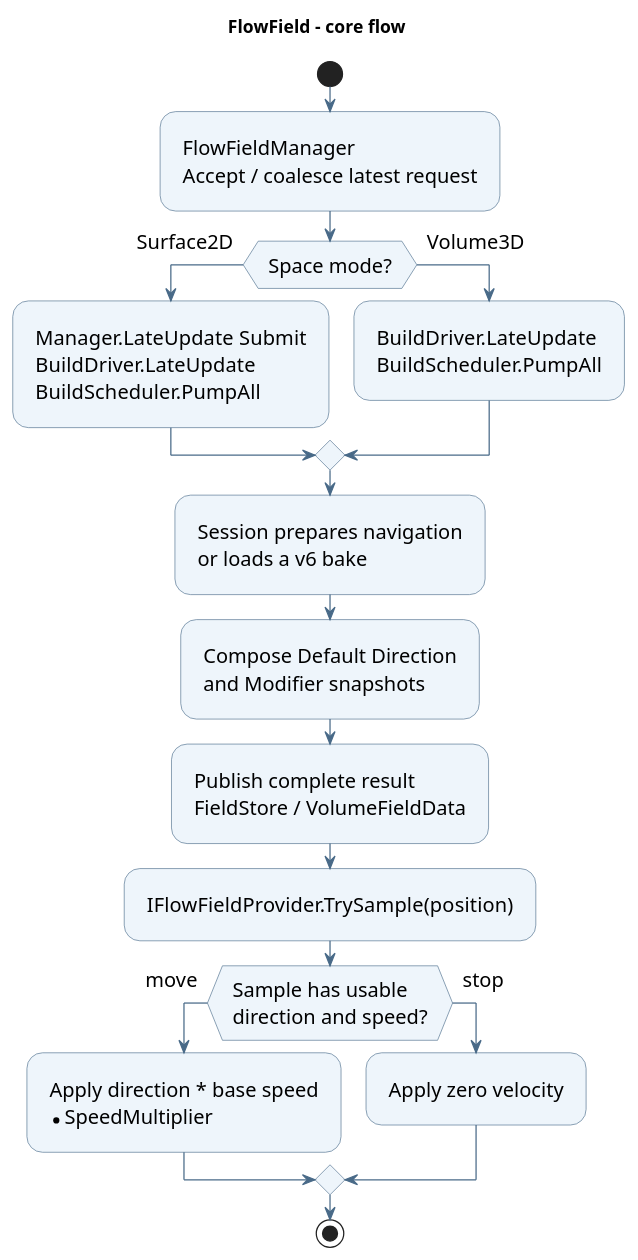
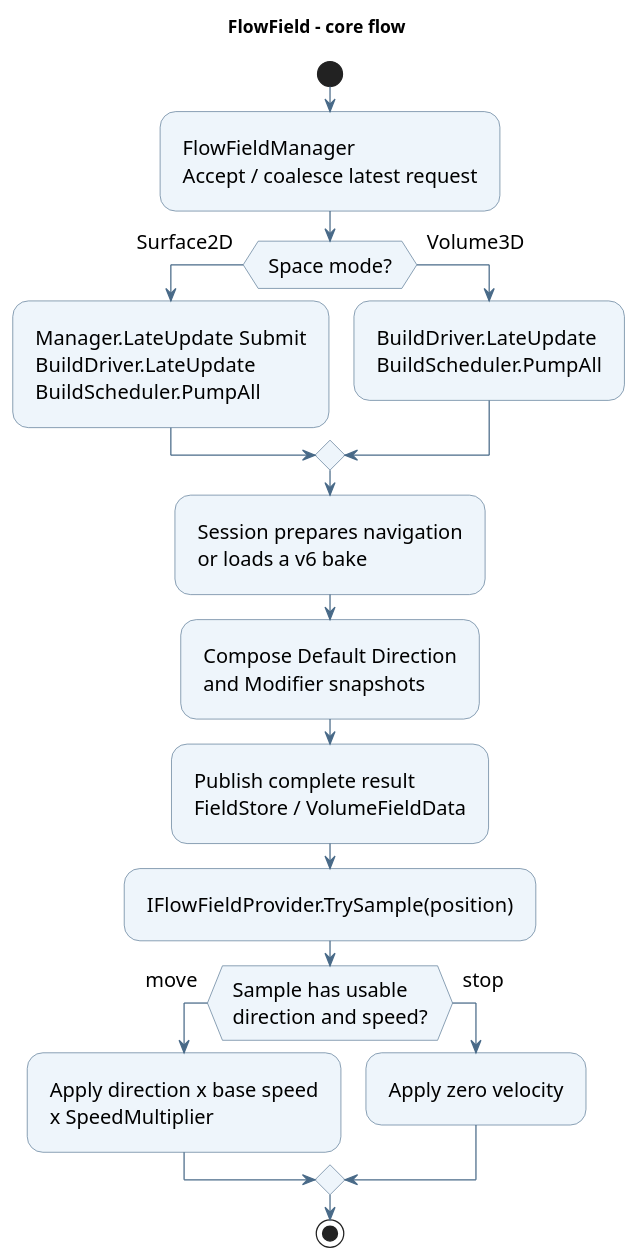
One commit to youwonsock/tool-unity-editor changed the diagram in ToyProject/Assets/_FlowField/Docs/flowfield-uml.puml. Above: the diagram before and after it, drawn with PlantUML. The commit also changed 6 other files, not shown here.

First line of the commit message:
FlowField: UML 이미지를 다시 렌더하고 카메라 확인 결과를 기록

```diff
--- a/ToyProject/Assets/_FlowField/Docs/flowfield-uml.puml
+++ b/ToyProject/Assets/_FlowField/Docs/flowfield-uml.puml
@@ -1,28 +1,28 @@
 @startuml flowfield-uml
 skinparam shadowing false
 skinparam defaultFontName SansSerif
 skinparam defaultFontSize 16
 skinparam activityBackgroundColor #EEF5FB
 skinparam activityBorderColor #496A88
 skinparam ArrowColor #496A88
 skinparam Padding 8
 title FlowField - core flow
 
 start
 :FlowFieldManager\nAccept / coalesce latest request;
 if (Space mode?) then (Surface2D)
   :Manager.LateUpdate Submit\nBuildDriver.LateUpdate\nBuildScheduler.PumpAll;
 else (Volume3D)
   :BuildDriver.LateUpdate\nBuildScheduler.PumpAll;
 endif
 :Session prepares navigation\nor loads a v6 bake;
 :Compose Default Direction\nand Modifier snapshots;
 :Publish complete result\nFieldStore / VolumeFieldData;
 :IFlowFieldProvider.TrySample(position);
 if (Sample has usable\ndirection and speed?) then (move)
-  :Apply direction * base speed\n* SpeedMultiplier;
+  :Apply direction x base speed\nx SpeedMultiplier;
 else (stop)
   :Apply zero velocity;
 endif
 stop
 @enduml
```
